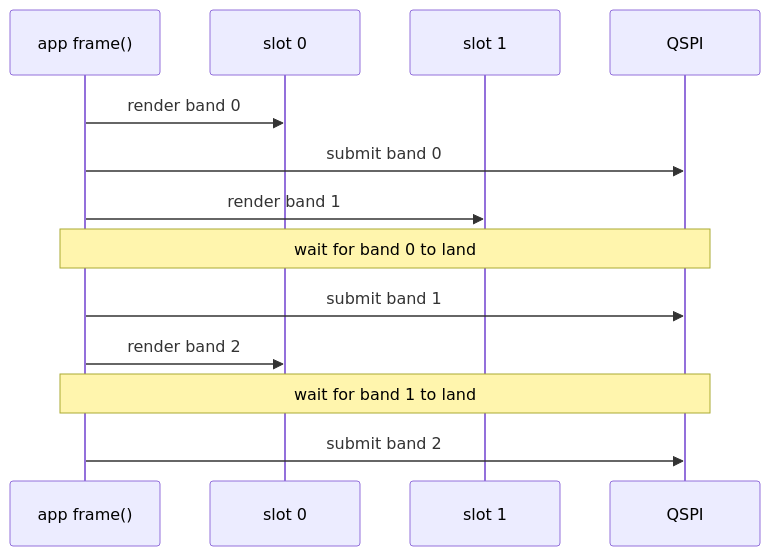
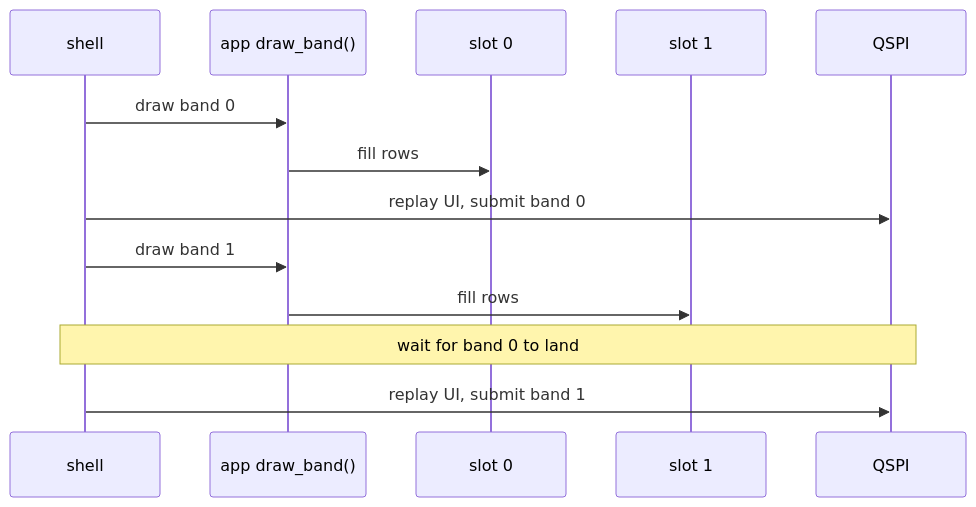
One commit to jose-villegas/autana changed the fourth of 4 diagrams in docs/Gfx-and-Presentation.md. Above: the diagram before and after it, drawn with Mermaid. The commit also changed other lines of this file and 7 other files, not shown here.

Commit message:
gfx: drive app band callbacks from shell

````diff
--- a/docs/Gfx-and-Presentation.md
+++ b/docs/Gfx-and-Presentation.md
@@ -183,15 +174,15 @@
 ```mermaid
 sequenceDiagram
-    participant A as app frame()
+    participant S as shell
+    participant A as app draw_band()
     participant S0 as slot 0
     participant S1 as slot 1
     participant Q as QSPI
-    A->>S0: render band 0
-    A->>Q: submit band 0
-    A->>S1: render band 1
-    Note over A,Q: wait for band 0 to land
-    A->>Q: submit band 1
-    A->>S0: render band 2
-    Note over A,Q: wait for band 1 to land
-    A->>Q: submit band 2
+    S->>A: draw band 0
+    A->>S0: fill rows
+    S->>Q: replay UI, submit band 0
+    S->>A: draw band 1
+    A->>S1: fill rows
+    Note over S,Q: wait for band 0 to land
+    S->>Q: replay UI, submit band 1
 ```
````
